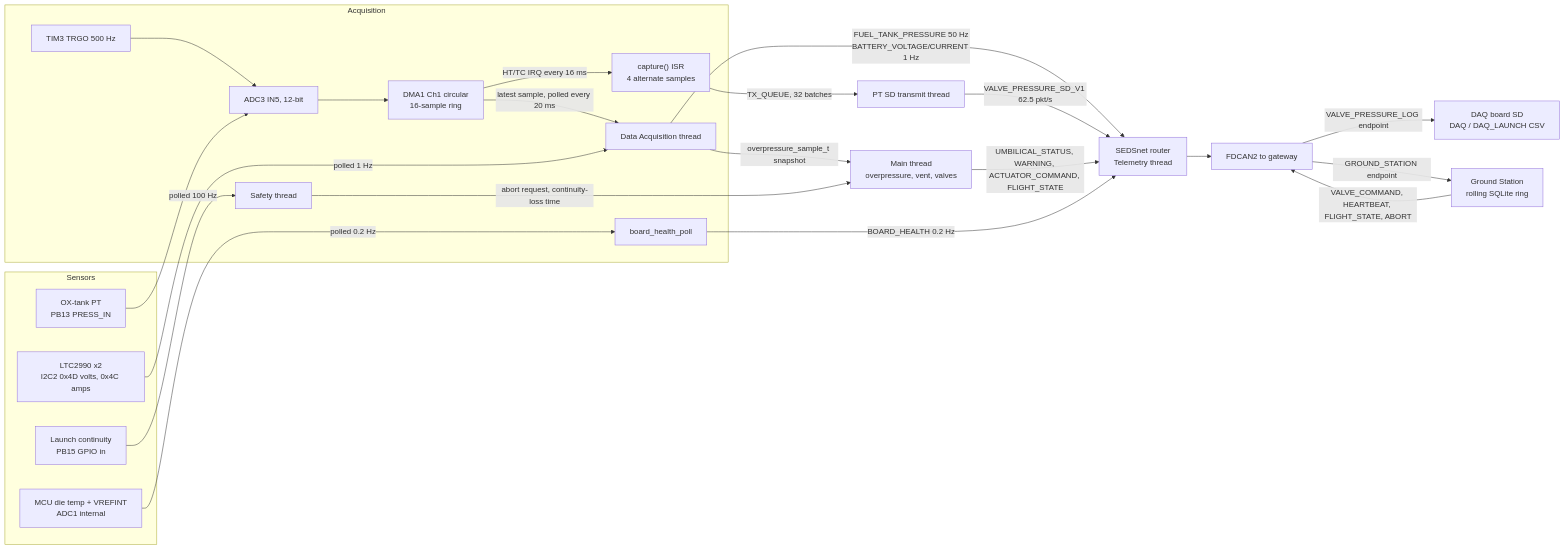
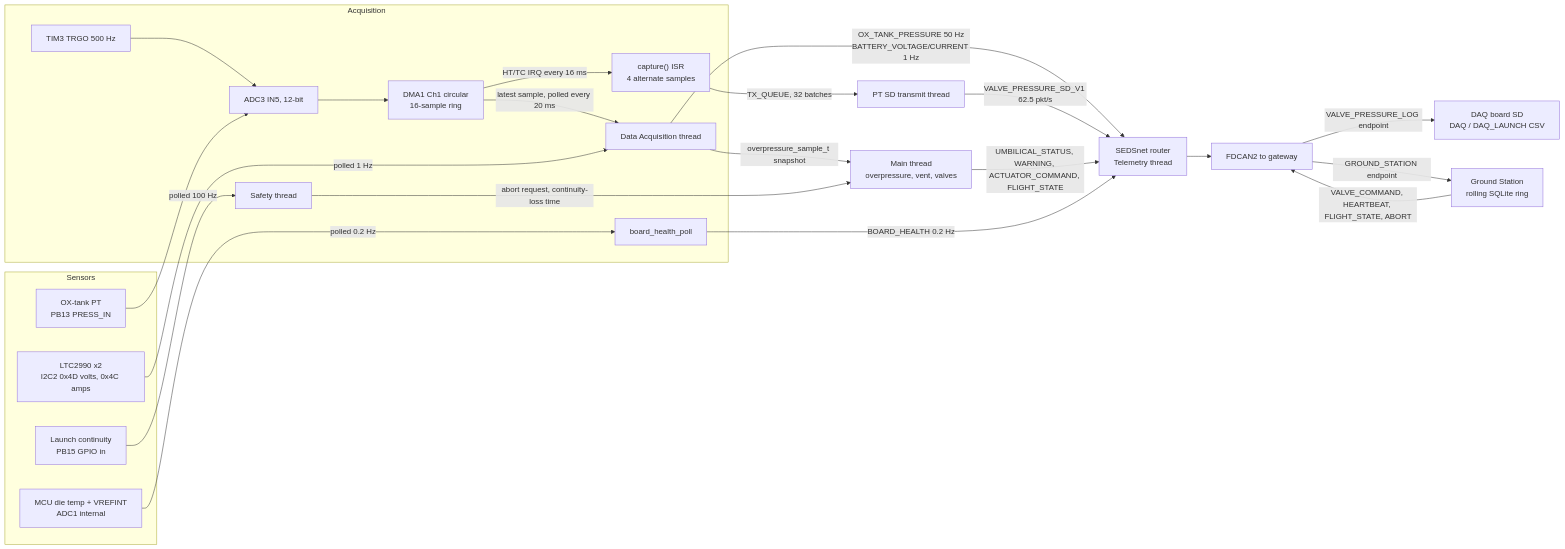
One commit to University-at-Buffalo-SEDS/ValveBoard26 changed the first of 3 diagrams in docs/data-pipeline.md. Above: the diagram before and after it, drawn with Mermaid. The commit also changed other lines of this file and 23 other files, not shown here.

````diff
--- a/docs/data-pipeline.md
+++ b/docs/data-pipeline.md
@@ -18,30 +18,30 @@
 ```mermaid
 flowchart LR
   subgraph Sensors
     PT["OX-tank PT<br/>PB13 PRESS_IN"]
     CONT["Launch continuity<br/>PB15 GPIO in"]
     PWR["LTC2990 x2<br/>I2C2 0x4D volts, 0x4C amps"]
     DIE["MCU die temp + VREFINT<br/>ADC1 internal"]
   end
   subgraph Acquisition
     TIM3["TIM3 TRGO 500 Hz"] --> ADC3["ADC3 IN5, 12-bit"]
     PT --> ADC3
     ADC3 --> DMA["DMA1 Ch1 circular<br/>16-sample ring"]
     DMA -->|"HT/TC IRQ every 16 ms"| ISR["capture() ISR<br/>4 alternate samples"]
     DMA -->|"latest sample, polled every 20 ms"| DAQT["Data Acquisition thread"]
     PWR -->|"polled 1 Hz"| DAQT
     CONT -->|"polled 100 Hz"| SAFE["Safety thread"]
     DIE -->|"polled 0.2 Hz"| HEALTH["board_health_poll"]
   end
   ISR -->|"TX_QUEUE, 32 batches"| SDT["PT SD transmit thread"]
   DAQT -->|"overpressure_sample_t snapshot"| MAIN["Main thread<br/>overpressure, vent, valves"]
   SAFE -->|"abort request, continuity-loss time"| MAIN
-  DAQT -->|"FUEL_TANK_PRESSURE 50 Hz<br/>BATTERY_VOLTAGE/CURRENT 1 Hz"| ROUTER["SEDSnet router<br/>Telemetry thread"]
+  DAQT -->|"OX_TANK_PRESSURE 50 Hz<br/>BATTERY_VOLTAGE/CURRENT 1 Hz"| ROUTER["SEDSnet router<br/>Telemetry thread"]
   SDT -->|"VALVE_PRESSURE_SD_V1 62.5 pkt/s"| ROUTER
   MAIN -->|"UMBILICAL_STATUS, WARNING, ACTUATOR_COMMAND, FLIGHT_STATE"| ROUTER
   HEALTH -->|"BOARD_HEALTH 0.2 Hz"| ROUTER
   ROUTER --> CAN["FDCAN2 to gateway"]
   CAN -->|"VALVE_PRESSURE_LOG endpoint"| DAQ["DAQ board SD<br/>DAQ / DAQ_LAUNCH CSV"]
   CAN -->|"GROUND_STATION endpoint"| GS["Ground Station<br/>rolling SQLite ring"]
   GS -->|"VALVE_COMMAND, HEARTBEAT, FLIGHT_STATE, ABORT"| CAN
 ```
````
